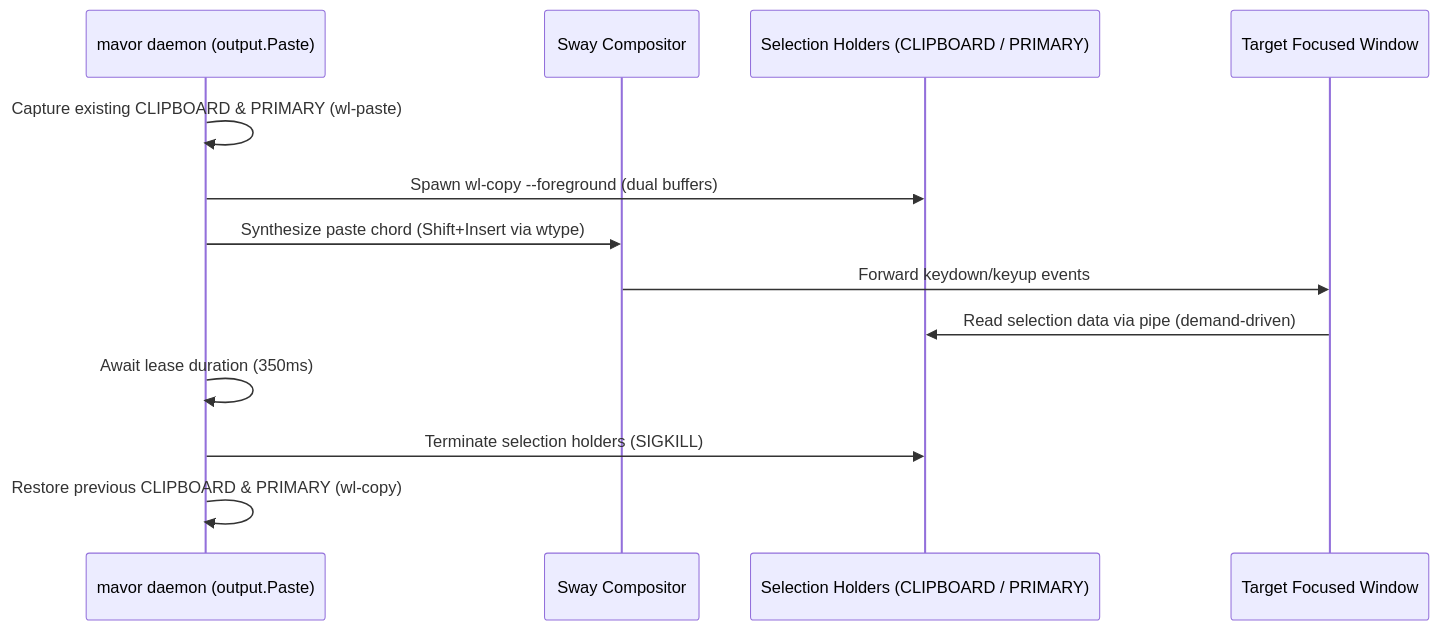
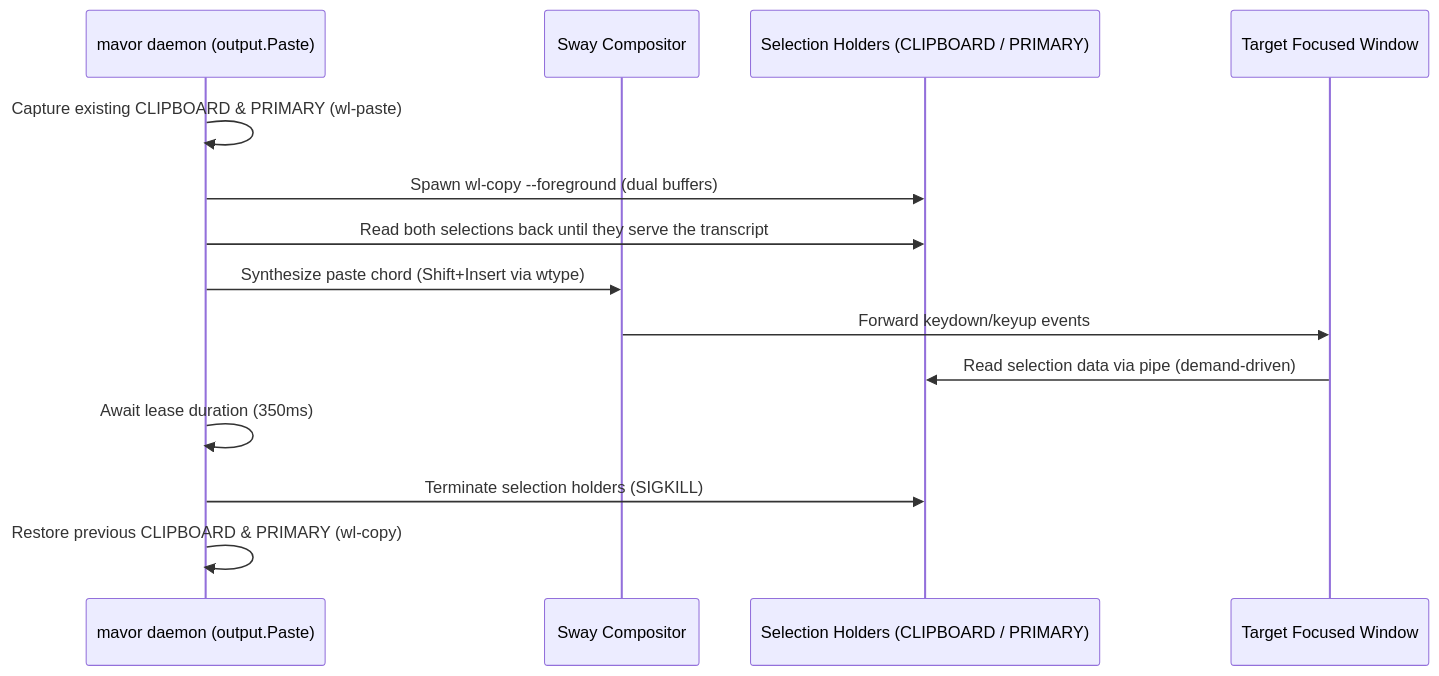
Before and after one commit to mschulkind-oss/mavor: the diagram in docs/reference/paste-based-output-dispatch.md, drawn with Mermaid. The commit also changed other lines of this file and 4 other files, not shown here.

````diff
--- a/docs/reference/paste-based-output-dispatch.md
+++ b/docs/reference/paste-based-output-dispatch.md
@@ -74,16 +92,17 @@
 ```mermaid
 sequenceDiagram
     participant M as mavor daemon (output.Paste)
     participant C as Sway Compositor
     participant S as Selection Holders (CLIPBOARD / PRIMARY)
     participant W as Target Focused Window
 
     M->>M: Capture existing CLIPBOARD & PRIMARY (wl-paste)
     M->>S: Spawn wl-copy --foreground (dual buffers)
+    M->>S: Read both selections back until they serve the transcript
     M->>C: Synthesize paste chord (Shift+Insert via wtype)
     C->>W: Forward keydown/keyup events
     W->>S: Read selection data via pipe (demand-driven)
     M->>M: Await lease duration (350ms)
     M->>S: Terminate selection holders (SIGKILL)
     M->>M: Restore previous CLIPBOARD & PRIMARY (wl-copy)
 ```
````
